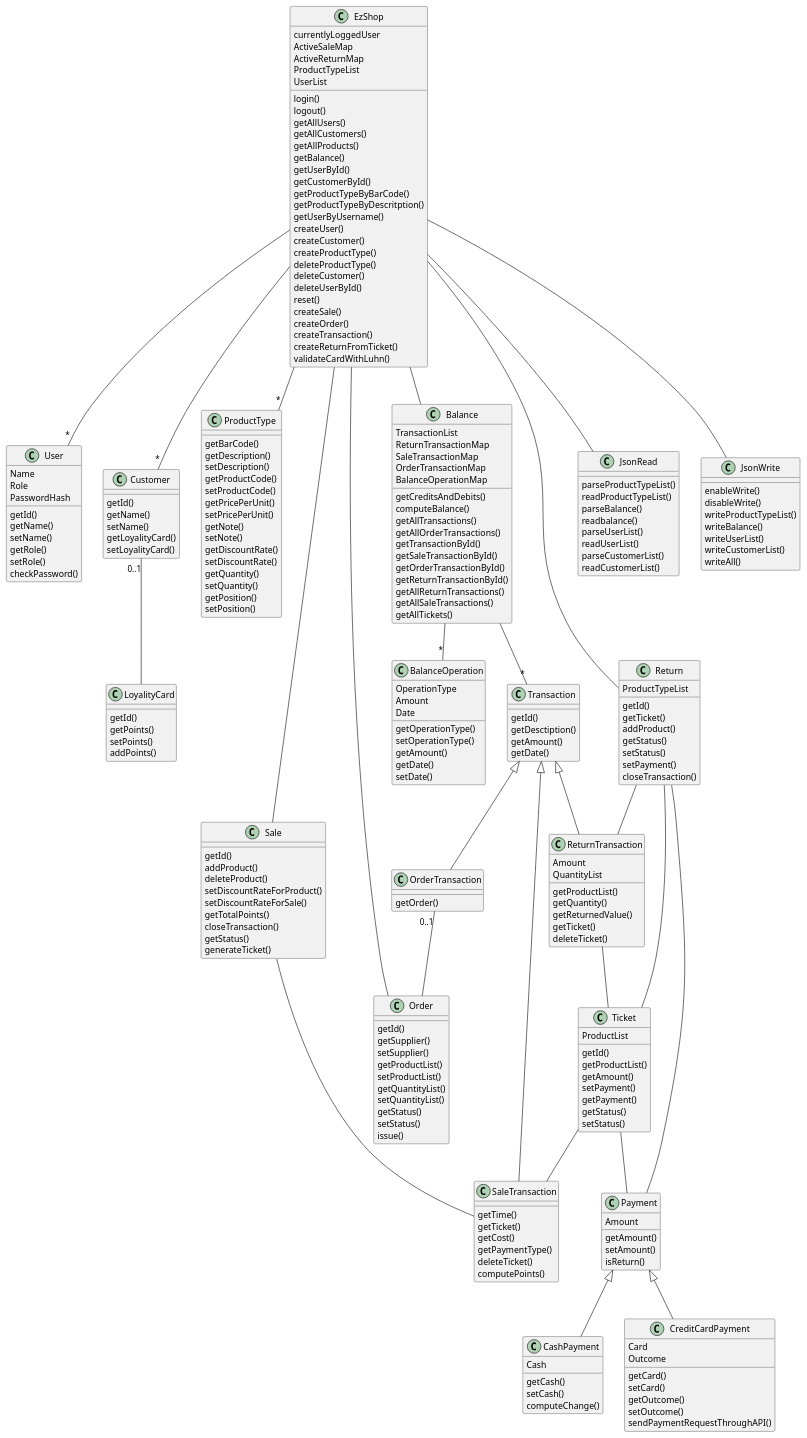
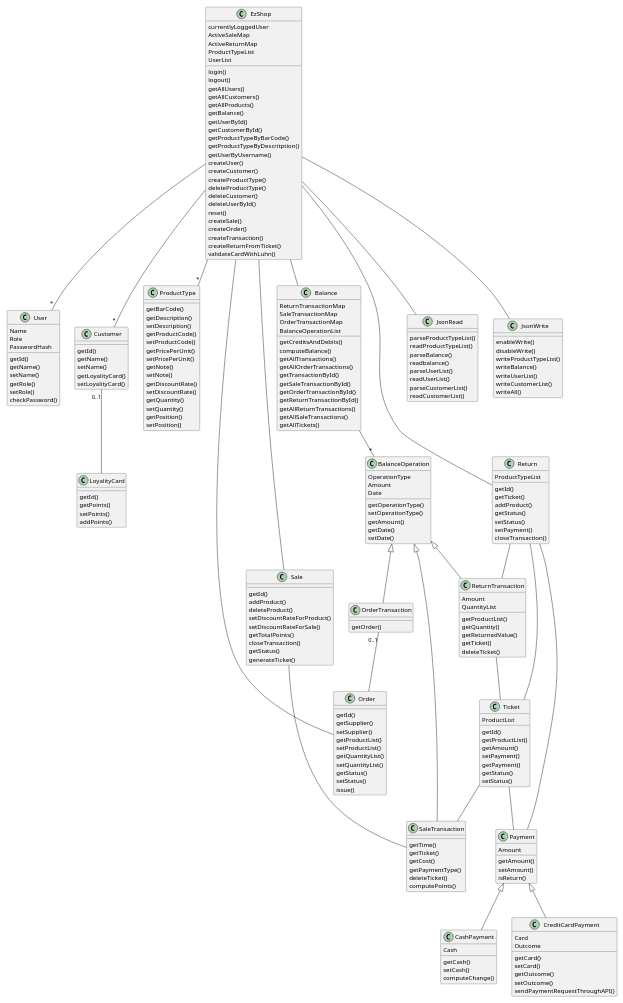
One commit to paolotron/EzshoProject31 changed the second of 5 diagrams in Deliverables/DesignDocument.md. Above: the diagram before and after it, drawn with PlantUML.

````diff
--- a/Deliverables/DesignDocument.md
+++ b/Deliverables/DesignDocument.md
@@ -57,6 +57,6 @@
 ```plantuml
 
-
+scale 0.7
 class EzShop{
     login()
     logout()
@@ -140,13 +140,6 @@
     setStatus()
     issue()
 }
-class Transaction{
-    getId()
-    getDesctiption()
-    getAmount()
-    getDate()
-    
-}
 class SaleTransaction{
     getTime()
     getTicket()
@@ -219,11 +212,10 @@
     closeTransaction()
 }
 class Balance{
-    TransactionList
     ReturnTransactionMap
     SaleTransactionMap
     OrderTransactionMap
-    BalanceOperationMap
+    BalanceOperationList
     getCreditsAndDebits()
     computeBalance()
     getAllTransactions()
@@ -268,8 +260,8 @@
     writeCustomerList()
     writeAll()
 }
-Transaction <|-- SaleTransaction
-Transaction <|-- ReturnTransaction
+BalanceOperation <|-- SaleTransaction
+BalanceOperation <|-- ReturnTransaction
 Ticket -- SaleTransaction
 ReturnTransaction -- Ticket
 Return -- ReturnTransaction
@@ -277,8 +269,7 @@
 Payment <|-- CashPayment
 Ticket -- Payment
 Balance  -- "*" BalanceOperation
-Balance -- "*" Transaction
-Transaction <|-- OrderTransaction
+BalanceOperation <|-- OrderTransaction
 OrderTransaction"0..1" -- Order
 Customer"0..1" -- LoyalityCard
 EzShop -- "*" User
````
